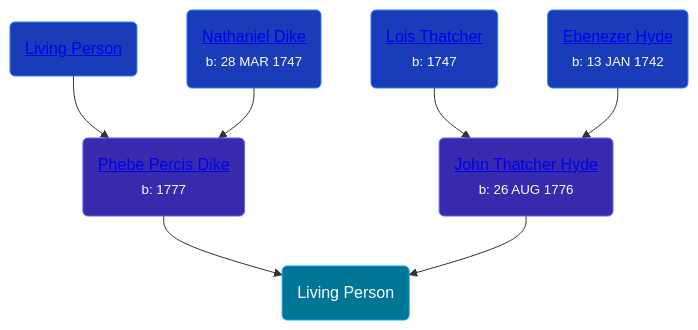
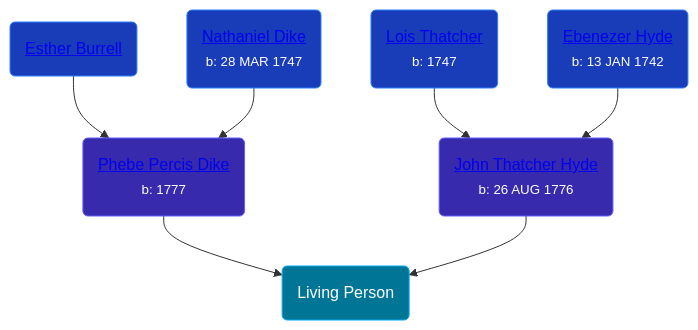
Before and after one commit to wpmgotkh/wpmgotkh.github.io: the diagram in pages/people/4/47693044.md, drawn with Mermaid. The commit also changed 586 other files, not shown here.

Commit message:
feat: better shouldConsiderPersonLiving algo

````diff
--- a/pages/people/4/47693044.md
+++ b/pages/people/4/47693044.md
@@ -10,13 +10,13 @@
 ```mermaid
 graph
 classDef grands fill:#193cb8,stroke:#2b7fff,stroke-width:1px,color:#fff;
 classDef parents fill:#372aac,stroke:#615fff,stroke-width:1px,color:#fff;
 classDef primary fill:#007595,stroke:#00a6f4,stroke-width:1px,color:#fff;
 47693044(Living Person):::primary
 41577072(<a class="text-white" href="/people/4/41577072">Phebe Percis Dike</a><br /><small>b: 1777</small>):::parents-->47693044
-66432130(<a class="text-white" href="/people/6/66432130">Living Person</a>):::grands-->41577072
+66432130(<a class="text-white" href="/people/6/66432130">Esther Burrell</a>):::grands-->41577072
 36914917(<a class="text-white" href="/people/3/36914917">Nathaniel Dike</a><br /><small>b: 28 MAR 1747</small>):::grands-->41577072
 3310224(<a class="text-white" href="/people/3/3310224">John Thatcher Hyde</a><br /><small>b: 26 AUG 1776</small>):::parents-->47693044
 92113144(<a class="text-white" href="/people/9/92113144">Lois Thatcher</a><br /><small>b: 1747</small>):::grands-->3310224
 14535025(<a class="text-white" href="/people/1/14535025">Ebenezer Hyde</a><br /><small>b: 13 JAN 1742</small>):::grands-->3310224
 ```
````
